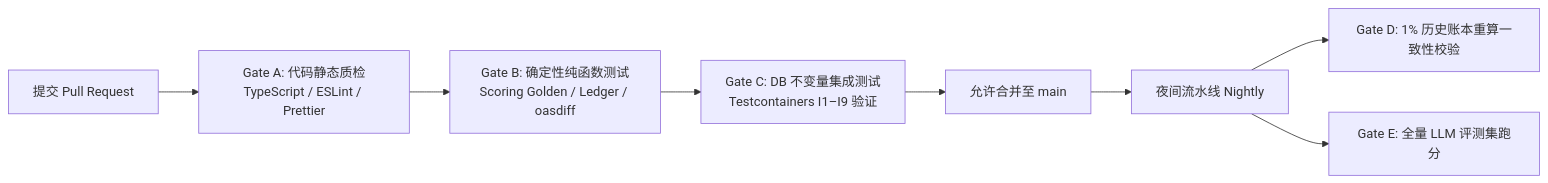
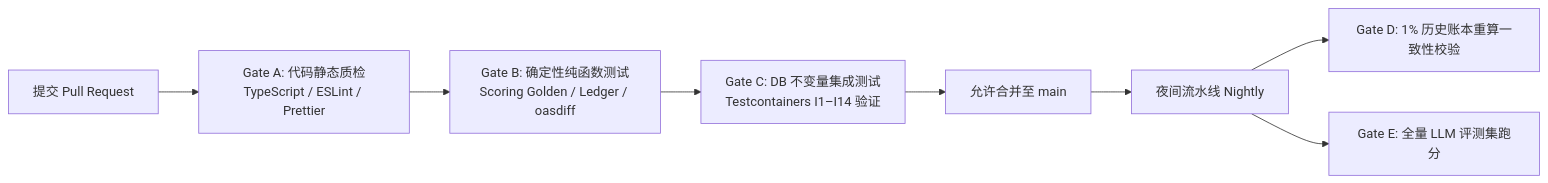
The second of 2 diagrams in docs/18-QA-TEST-STRATEGY.md (500wango/emeradar), drawn with Mermaid before and after one commit. The commit also changed other lines of this file and 26 other files, not shown here.

````diff
--- a/docs/18-QA-TEST-STRATEGY.md
+++ b/docs/18-QA-TEST-STRATEGY.md
@@ -124,11 +159,11 @@
 ```mermaid
 flowchart LR
   PR[提交 Pull Request] --> G1[Gate A: 代码静态质检<br/>TypeScript / ESLint / Prettier]
   G1 --> G2[Gate B: 确定性纯函数测试<br/>Scoring Golden / Ledger / oasdiff]
-  G2 --> G3[Gate C: DB 不变量集成测试<br/>Testcontainers I1–I9 验证]
+  G2 --> G3[Gate C: DB 不变量集成测试<br/>Testcontainers I1–I14 验证]
   G3 --> MERGE[允许合并至 main]
 
   MERGE --> NIGHTLY[夜间流水线 Nightly]
   NIGHTLY --> G4[Gate D: 1% 历史账本重算一致性校验]
   NIGHTLY --> G5[Gate E: 全量 LLM 评测集跑分]
 ```
````
